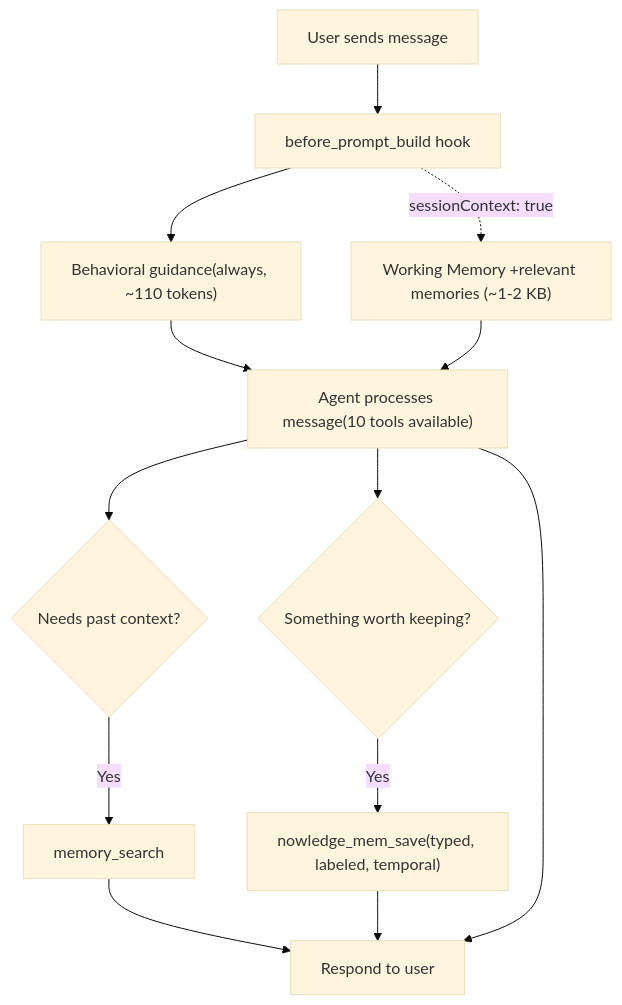
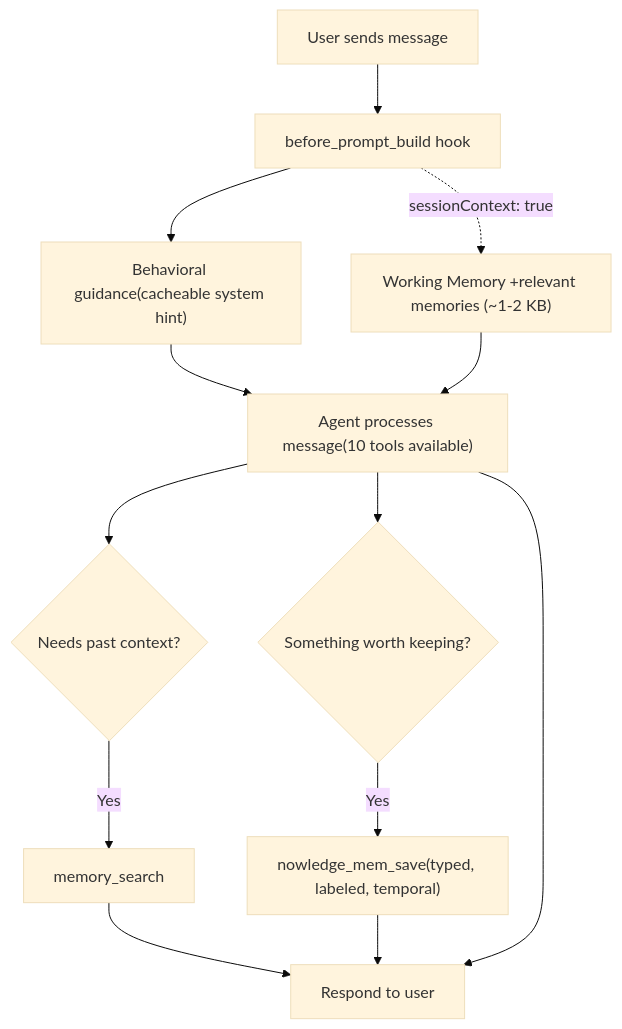
Before and after one commit to nowledge-co/community: the first of 5 diagrams in nowledge-mem-openclaw-plugin/README.md, drawn with Mermaid (base theme). The commit also changed other lines of this file and 13 other files, not shown here.

````diff
--- a/nowledge-mem-openclaw-plugin/README.md
+++ b/nowledge-mem-openclaw-plugin/README.md
@@ -65,20 +81,20 @@
 ```mermaid
 flowchart TD
     A["User sends message"] --> B["before_prompt_build hook"]
 
-    B --> C["Behavioral guidance(always, ~110 tokens)"]
+    B --> C["Behavioral guidance(cacheable system hint)"]
     B -.->|"sessionContext: true"| D["Working Memory +relevant memories (~1-2 KB)"]
 
     C --> E["Agent processes message(10 tools available)"]
     D --> E
 
     E --> F{"Needs past context?"}
     F -->|"Yes"| G["memory_search"]
     G --> R
 
     E --> H{"Something worth keeping?"}
     H -->|"Yes"| I["nowledge_mem_save(typed, labeled, temporal)"]
     I --> R
 
     E --> R["Respond to user"]
 ```
````
